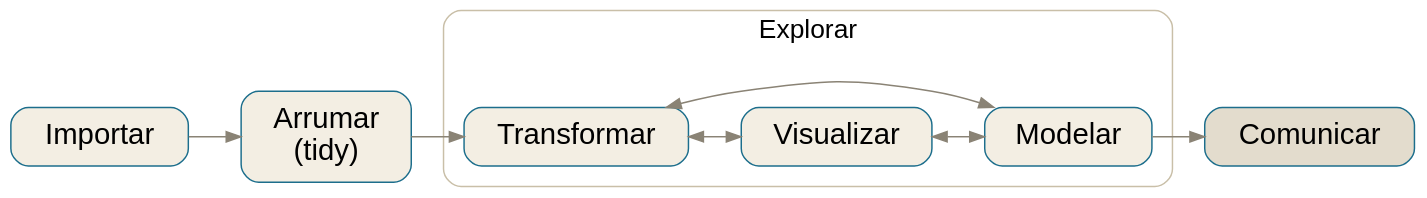
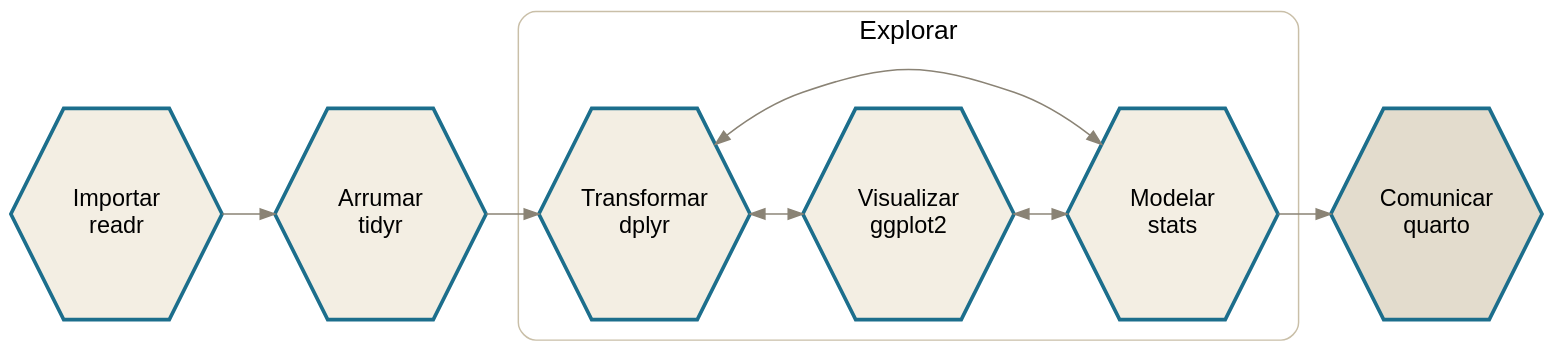
Before and after one commit to diogoprov/intro-r: the third of 3 diagrams in slides/aula-04.qmd, drawn with Graphviz. The commit also changed other lines of this file, not shown here.

First line of the commit message:
aula 04: ciclo com hexagonos e esquema do split-apply-combine

````diff
--- a/slides/aula-04.qmd
+++ b/slides/aula-04.qmd
@@ -90,27 +147,32 @@
 ```{dot}
 //| echo: false
 //| fig-width: 10
 digraph ciclo {
   rankdir=LR; bgcolor="transparent"; ranksep=0.5; nodesep=0.3;
-  node [shape=box style="rounded,filled" fillcolor="#f3eee3" color="#1c6e8c"
-        fontname="Helvetica" fontsize=20 margin="0.24,0.13"];
+  // regular=true + fixedsize desenha hexágonos de verdade, no espírito dos
+  // hex stickers dos pacotes. Sem o regular eles saem esticados e achatados.
+  node [shape=hexagon regular=true style="filled" fillcolor="#f3eee3"
+        color="#1c6e8c" penwidth=2.5 fontname="Helvetica" fontsize=16
+        fixedsize=true width=2.0];
   edge [color="#8a8375" fontname="Helvetica" fontsize=16];
 
-  IMP [label="Importar"];
-  ARR [label="Arrumar\n(tidy)"];
-  COM [label="Comunicar" fillcolor="#e3dccd"];
+  IMP [label="Importar\nreadr"];
+  ARR [label="Arrumar\ntidyr"];
+  COM [label="Comunicar\nquarto" fillcolor="#e3dccd"];
 
   subgraph cluster_ex {
     label="Explorar"; fontname="Helvetica"; fontsize=18;
     color="#c9bfa8"; style="rounded"; margin=14;
-    TRA [label="Transformar"];
-    VIS [label="Visualizar"];
-    MOD [label="Modelar"];
+    TRA [label="Transformar\ndplyr"];
+    VIS [label="Visualizar\nggplot2"];
+    // O R4DS 2e não atribui um pacote ao passo Modelar; `stats` é escolha
+    // nossa, porque é de lá que vêm lm() e glm(), que o curso usa.
+    MOD [label="Modelar\nstats"];
     TRA -> VIS [dir=both];
     VIS -> MOD [dir=both];
     MOD -> TRA [dir=both constraint=false];
   }
 
   IMP -> ARR; ARR -> TRA; MOD -> COM;
 }
 ```
````
